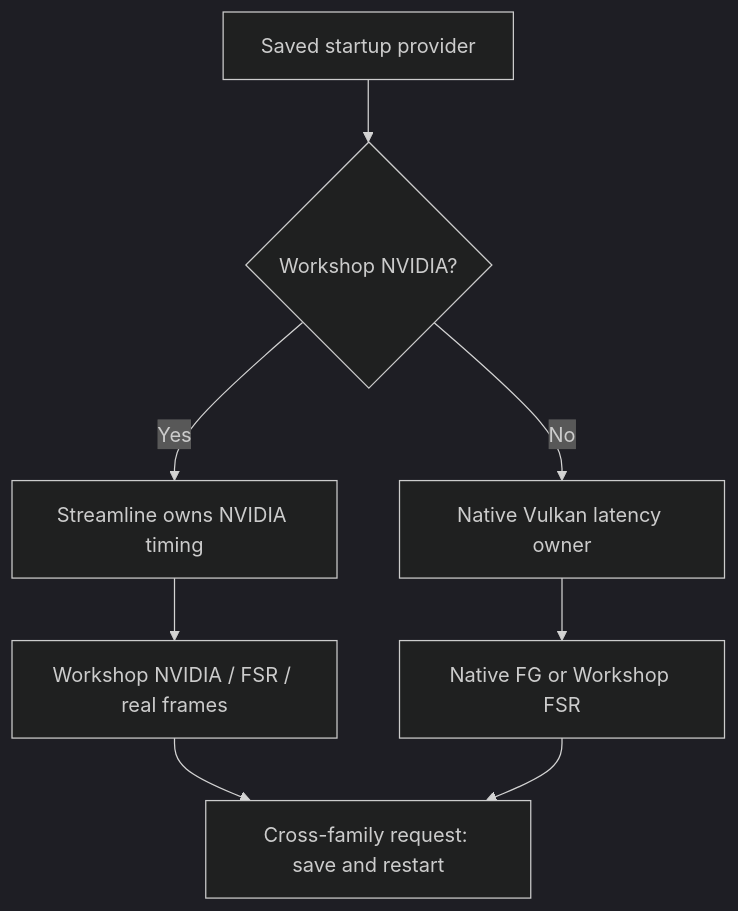
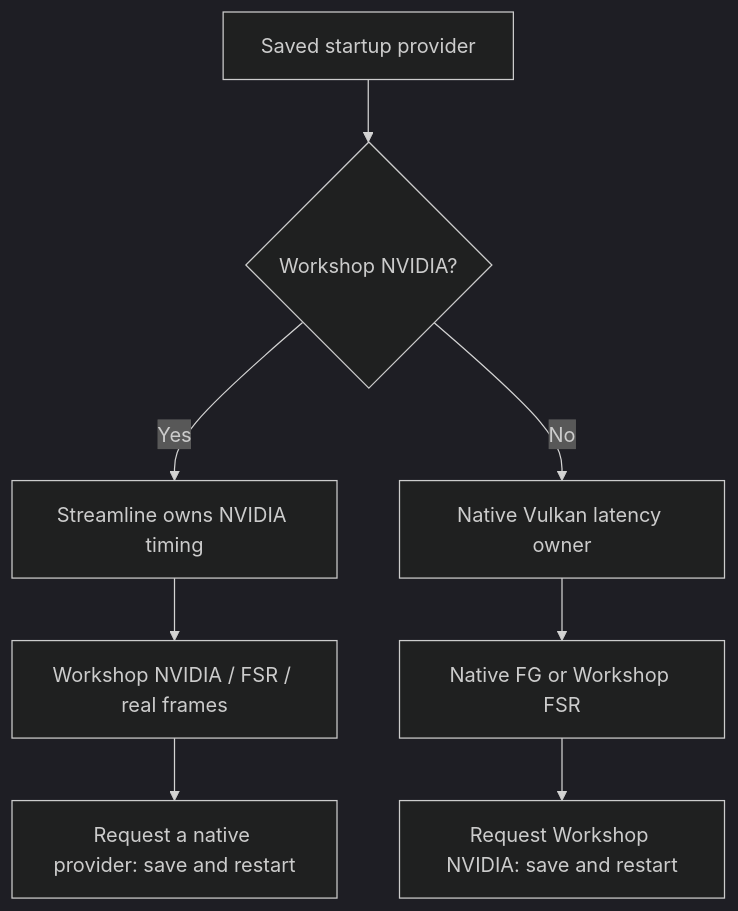
The diagram in docs/integration-map.md (TatsunaKyo/bloodborne_pc), drawn with Mermaid (dark theme) before and after one commit. The commit also changed other lines of this file and 25 other files, not shown here.

````diff
--- a/docs/integration-map.md
+++ b/docs/integration-map.md
@@ -23,10 +24,10 @@
 ```mermaid
 flowchart TD
     A["Saved startup provider"] --> B{"Workshop NVIDIA?"}
     B -->|Yes| C["Streamline owns NVIDIA timing"]
     B -->|No| D["Native Vulkan latency owner"]
     C --> E["Workshop NVIDIA / FSR / real frames"]
     D --> F["Native FG or Workshop FSR"]
-    E --> G["Cross-family request: save and restart"]
-    F --> G
+    E --> G["Request a native provider: save and restart"]
+    F --> H["Request Workshop NVIDIA: save and restart"]
 ```
````
